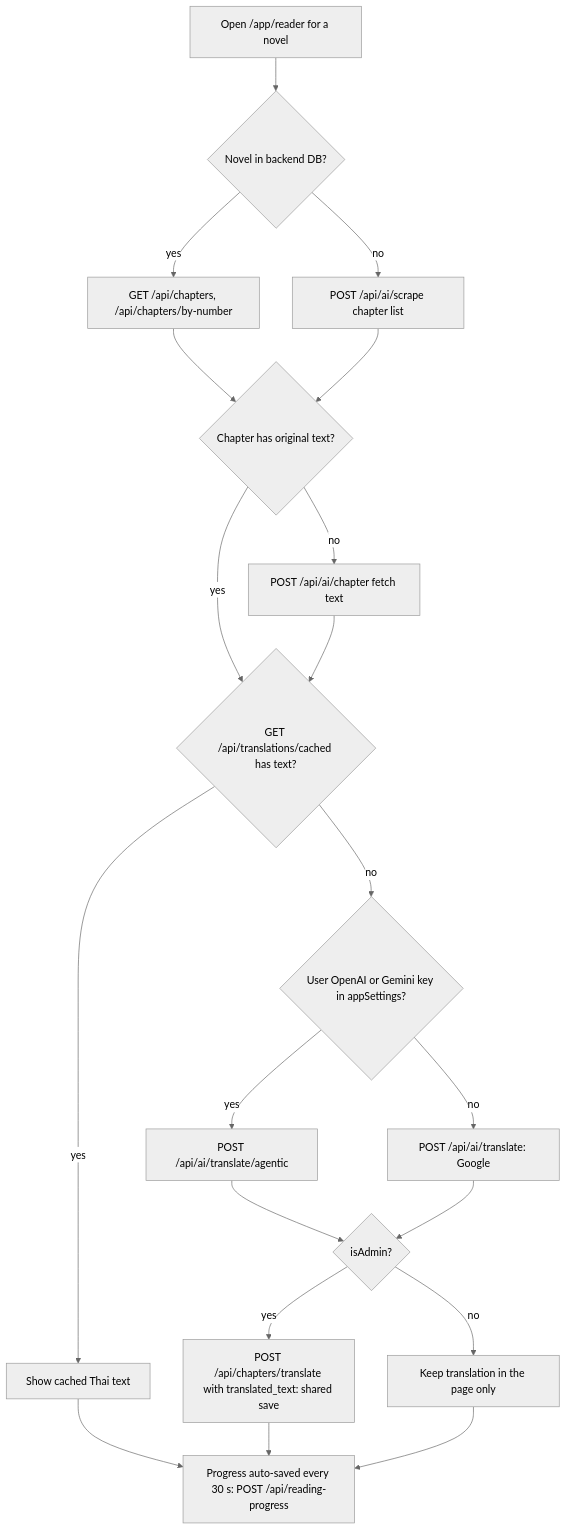
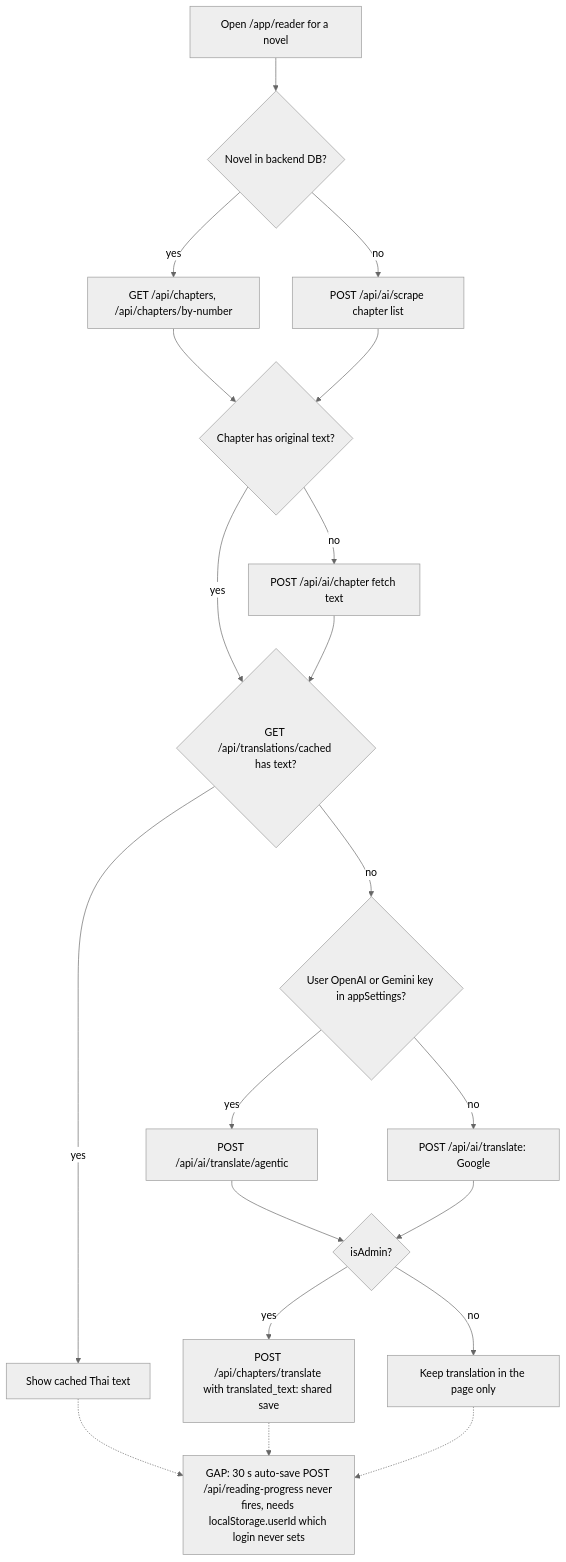
Before and after one commit to bookchaowalit-website/content-bookreading: the second of 3 diagrams in docs/diagrams/03-user-flows.md, drawn with Mermaid (neutral theme). The commit also changed 1 other file, not shown here.

Commit message:
docs: mark reading-progress auto-save as an As-Is gap
Codex review: saveCurrentProgress returns early without localStorage.userId,
which no login or register path sets, so the 30 s POST never happens.

````diff
--- a/docs/diagrams/03-user-flows.md
+++ b/docs/diagrams/03-user-flows.md
@@ -41,22 +41,22 @@
 ```mermaid
 flowchart TD
     A["Open /app/reader for a novel"] --> B{"Novel in backend DB?"}
     B -->|yes| C["GET /api/chapters, /api/chapters/by-number"]
     B -->|no| D["POST /api/ai/scrape chapter list"]
     C --> E{"Chapter has original text?"}
     D --> E
     E -->|no| F["POST /api/ai/chapter fetch text"]
     E -->|yes| G{"GET /api/translations/cached has text?"}
     F --> G
     G -->|yes| H["Show cached Thai text"]
     G -->|no| Q{"User OpenAI or Gemini key in appSettings?"}
     Q -->|yes| I["POST /api/ai/translate/agentic"]
     Q -->|no| J["POST /api/ai/translate: Google"]
     I --> K{"isAdmin?"}
     J --> K
     K -->|yes| L["POST /api/chapters/translate with translated_text: shared save"]
     K -->|no| M["Keep translation in the page only"]
-    H --> N["Progress auto-saved every 30 s: POST /api/reading-progress"]
-    L --> N
-    M --> N
+    H -.-> N["GAP: 30 s auto-save POST /api/reading-progress never fires, needs localStorage.userId which login never sets"]
+    L -.-> N
+    M -.-> N
 ```
````
